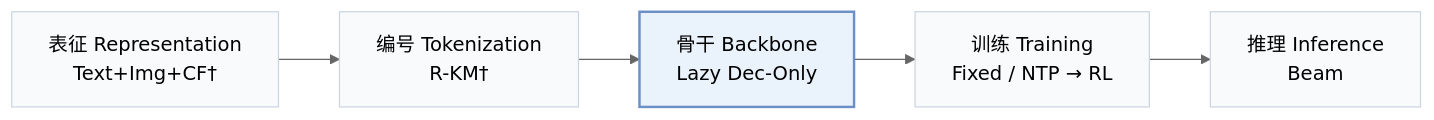
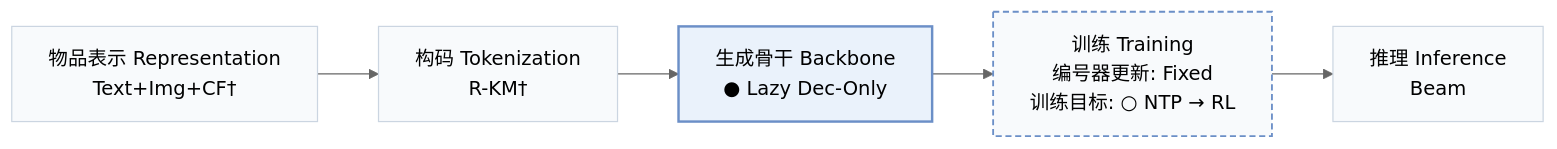
One commit to Galaxy-ghost/Awesome-SID-Generative-Rec changed the first of 2 diagrams in pages/zh/papers/onerec-v2.md. Above: the diagram before and after it, drawn with Mermaid (neutral theme). The commit also changed other lines of this file and 558 other files, not shown here.

````diff
--- a/pages/zh/papers/onerec-v2.md
+++ b/pages/zh/papers/onerec-v2.md
@@ -15,8 +18,10 @@
 ```mermaid
 flowchart LR
-    R["表征 Representation<br/>Text+Img+CF†"] --> T["编号 Tokenization<br/>R-KM†"] --> B["骨干 Backbone<br/>Lazy Dec-Only"] --> TR["训练 Training<br/>Fixed / NTP → RL"] --> I["推理 Inference<br/>Beam"]
+    R["物品表示 Representation<br/>Text+Img+CF†"] --> T["构码 Tokenization<br/>R-KM†"] --> B["生成骨干 Backbone<br/>● Lazy Dec-Only"] --> TR["训练 Training<br/>编号器更新: Fixed<br/>训练目标: ○ NTP → RL"] --> I["推理 Inference<br/>Beam"]
     classDef base fill:#f8fafc,stroke:#cbd5e1
     class R,T,B,TR,I base
+    classDef other fill:#f8fafc,stroke:#6b8fc7,stroke-width:1.5px,stroke-dasharray:5 3
+    class TR other
     classDef main fill:#eaf2fb,stroke:#6b8fc7,stroke-width:2px
     class B main
 ```
````
